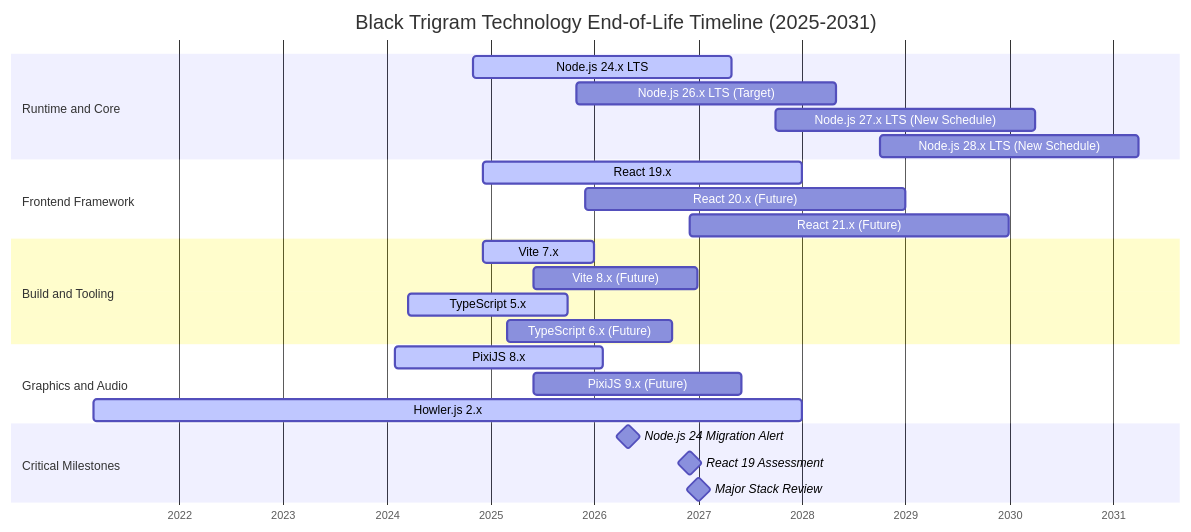
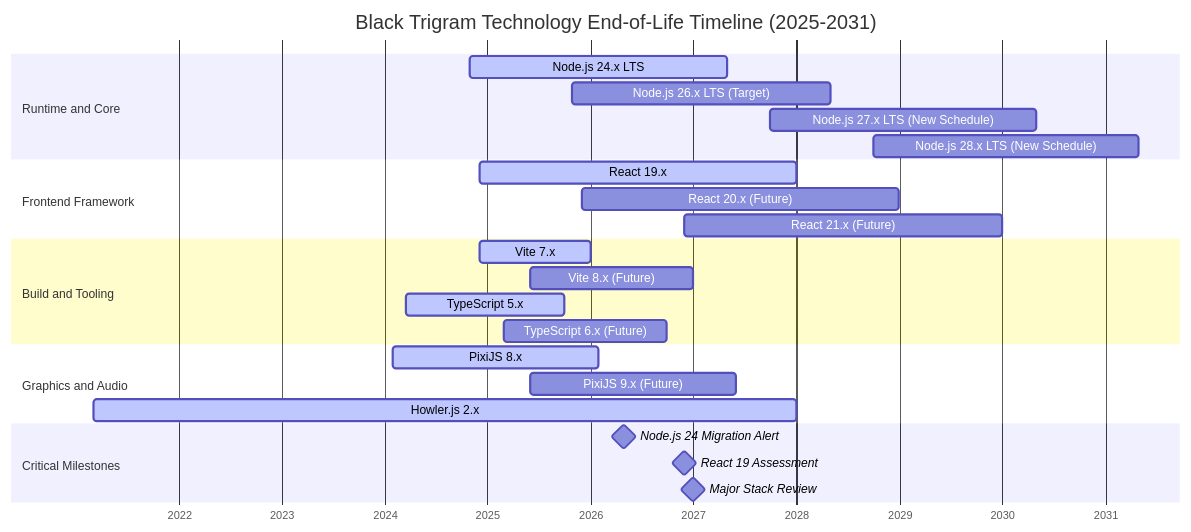
One commit to Hack23/blacktrigram changed the fifth of 8 diagrams in End-of-Life-Strategy.md. Above: the diagram before and after it, drawn with Mermaid. The commit also changed other lines of this file and 1 other file, not shown here.

````diff
--- a/End-of-Life-Strategy.md
+++ b/End-of-Life-Strategy.md
@@ -378,33 +378,33 @@
 ```mermaid
 gantt
     title Black Trigram Technology End-of-Life Timeline (2025-2031)
     dateFormat YYYY-MM-DD
     axisFormat %Y
 
     section Runtime and Core
     Node.js 24.x LTS          :active, node24, 2024-10-29, 2027-04-30
     Node.js 26.x LTS (Target) :node26, 2025-10-28, 2028-04-30
-    Node.js 27.x LTS (New Schedule) :node27, 2027-10-01, 2030-04-01
-    Node.js 28.x LTS (New Schedule) :node28, 2028-10-01, 2031-04-01
+    Node.js 27.x LTS (New Schedule) :node27, 2027-10-01, 2030-04-30
+    Node.js 28.x LTS (New Schedule) :node28, 2028-10-01, 2031-04-30
 
     section Frontend Framework
     React 19.x                :active, react19, 2024-12-05, 2027-12-31
     React 20.x (Future)       :react20, 2025-12-01, 2028-12-31
     React 21.x (Future)       :react21, 2026-12-01, 2029-12-31
 
     section Build and Tooling
     Vite 7.x                  :active, vite7, 2024-12-03, 2025-12-31
     Vite 8.x (Future)         :vite8, 2025-06-01, 2026-12-31
     TypeScript 5.x            :active, ts5, 2024-03-16, 2025-09-30
     TypeScript 6.x (Future)   :ts6, 2025-03-01, 2026-09-30
 
     section Graphics and Audio
     PixiJS 8.x                :active, pixi8, 2024-01-30, 2026-01-30
     PixiJS 9.x (Future)       :pixi9, 2025-06-01, 2027-06-01
     Howler.js 2.x             :active, howler2, 2021-03-04, 2027-12-31
 
     section Critical Milestones
     Node.js 24 Migration Alert :milestone, node24alert, 2026-04-30, 0d
     React 19 Assessment       :milestone, react19assess, 2026-12-01, 0d
     Major Stack Review        :milestone, stackreview, 2027-01-01, 0d
 ```
````
